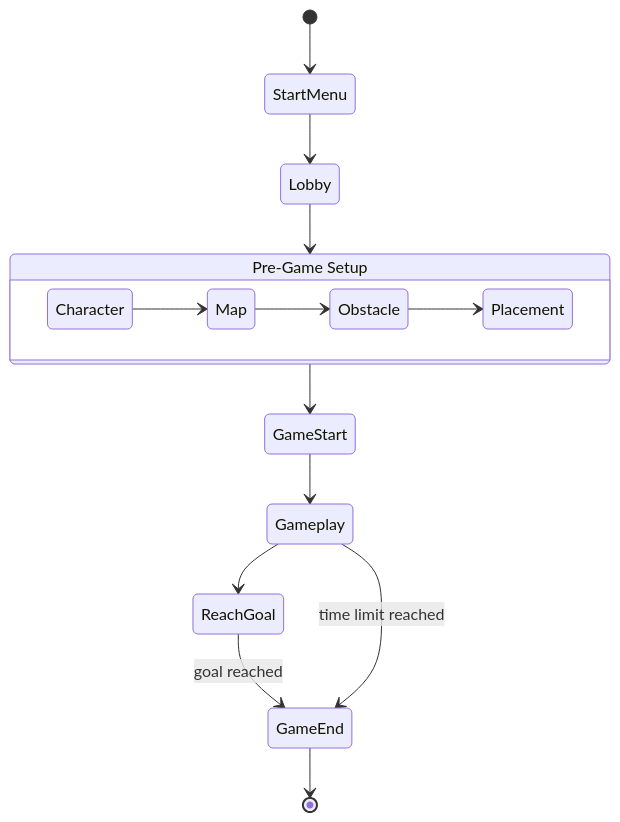
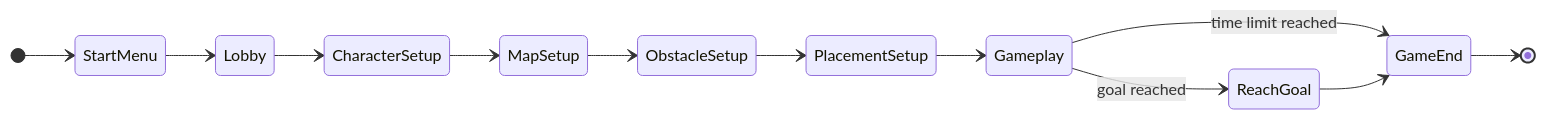
Before and after one commit to UoB-COMSM0166/2026-group-20: the second of 2 diagrams in README.md, drawn with Mermaid. The commit also changed other lines of this file, not shown here.

Commit message:
update user case diagram

````diff
--- a/README.md
+++ b/README.md
@@ -193,23 +236,21 @@
 ```mermaid
-stateDiagram-v2
-
-[*] --> StartMenu
-StartMenu --> Lobby
-Lobby --> PreGameSetup
-
-state "Pre-Game Setup" as PreGameSetup {
-    direction LR
-    Character --> Map
-    Map --> Obstacle
-    Obstacle --> Placement
-}
-
-PreGameSetup --> GameStart
-GameStart --> Gameplay
-Gameplay --> ReachGoal
-
-ReachGoal --> GameEnd : goal reached
-Gameplay --> GameEnd : time limit reached
-
-GameEnd --> [*]
+---
+config:
+  layout: dagre
+  theme: default
+---
+stateDiagram
+  direction LR
+  [*] --> StartMenu
+  StartMenu --> Lobby
+  Lobby --> CharacterSetup
+  CharacterSetup --> MapSetup
+  MapSetup --> ObstacleSetup
+  ObstacleSetup --> PlacementSetup
+  PlacementSetup --> Gameplay
+  Gameplay --> ReachGoal:goal reached
+  Gameplay --> GameEnd:time limit reached
+  ReachGoal --> GameEnd
+  GameEnd --> [*]
+  style StartMenu,Lobby,CharacterSetup,MapSetup,ObstacleSetup,PlacementSetup,Gameplay,ReachGoal,GameEnd
 ```
````
